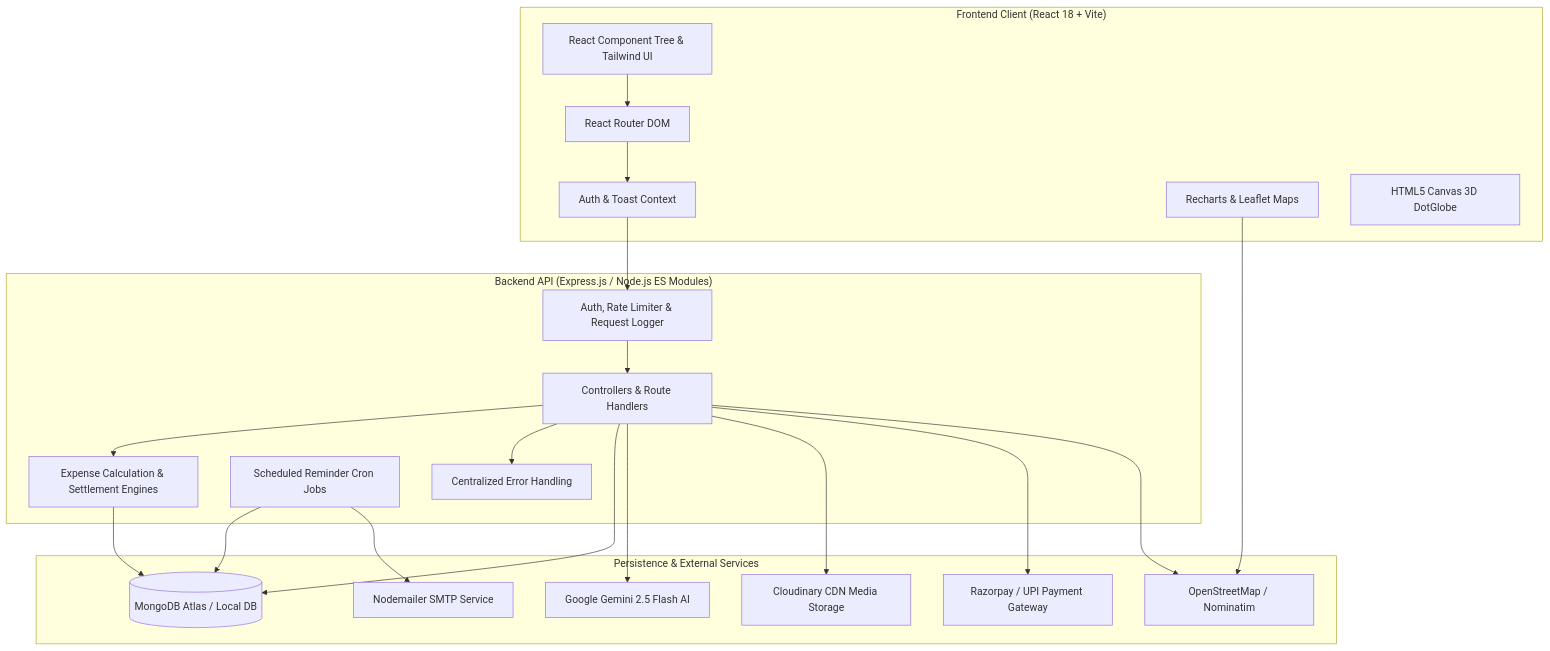
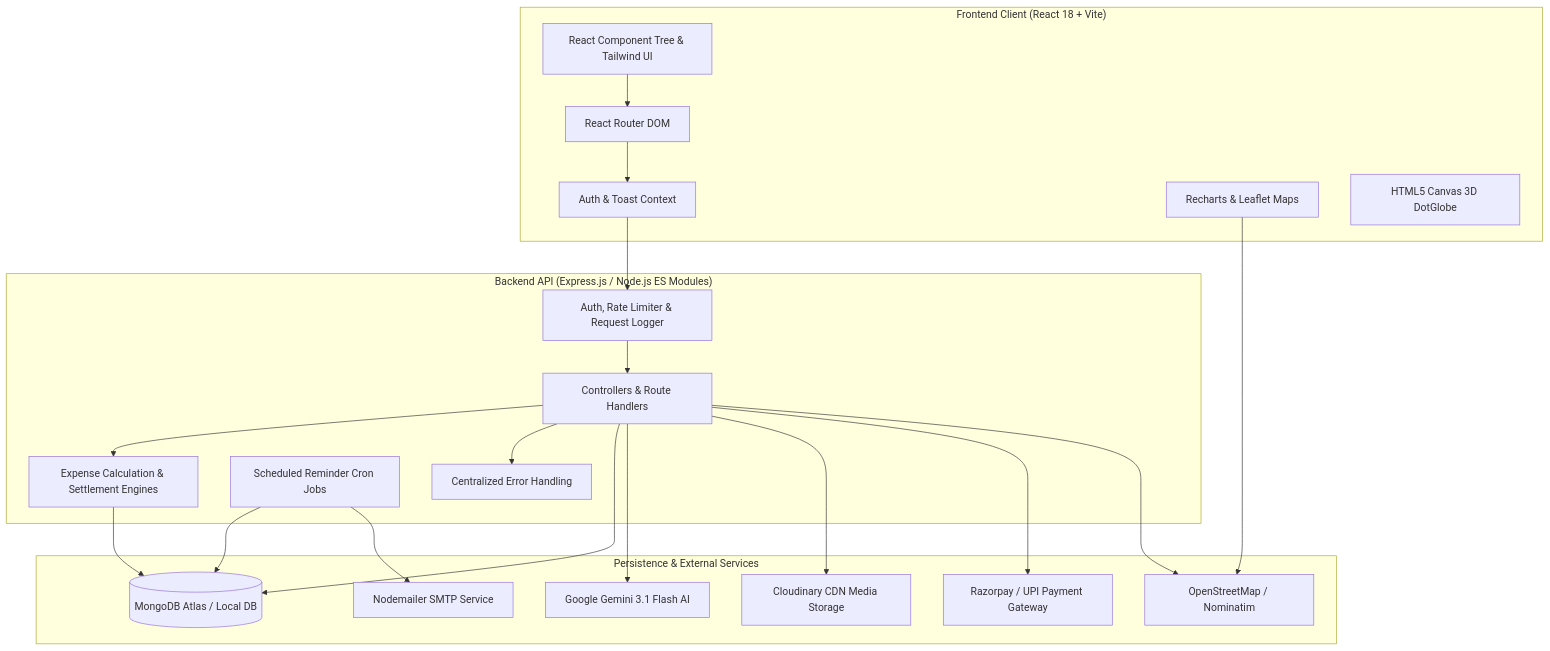
The diagram in README.md (learnervivek/TripTally), drawn with Mermaid before and after one commit. The commit also changed other lines of this file and 6 other files, not shown here.

````diff
--- a/README.md
+++ b/README.md
@@ -45,42 +36,42 @@
 ```mermaid
 flowchart TB
     subgraph Client["Frontend Client (React 18 + Vite)"]
         UI[React Component Tree & Tailwind UI]
         Rtr[React Router DOM]
         Ctx[Auth & Toast Context]
         Viz[Recharts & Leaflet Maps]
         Globe[HTML5 Canvas 3D DotGlobe]
     end
 
     subgraph Server["Backend API (Express.js / Node.js ES Modules)"]
         Sec[Auth, Rate Limiter & Request Logger]
         Ctrl[Controllers & Route Handlers]
         Svc[Expense Calculation & Settlement Engines]
         Rem[Scheduled Reminder Cron Jobs]
         Err[Centralized Error Handling]
     end
 
     subgraph Data["Persistence & External Services"]
         Mongo[(MongoDB Atlas / Local DB)]
-        Gemini[Google Gemini 2.5 Flash AI]
+        Gemini[Google Gemini 3.1 Flash AI]
         CDN[Cloudinary CDN Media Storage]
         RZP[Razorpay / UPI Payment Gateway]
         OSM[OpenStreetMap / Nominatim]
         SMTP[Nodemailer SMTP Service]
     end
 
     UI --> Rtr --> Ctx
     Ctx --> Sec
     Sec --> Ctrl
     Ctrl --> Svc
     Ctrl --> Err
     Ctrl --> Mongo
     Ctrl --> Gemini
     Ctrl --> CDN
     Svc --> Mongo
     Rem --> Mongo
     Rem --> SMTP
     Ctrl --> RZP
     Ctrl --> OSM
     Viz --> OSM
 ```
````
